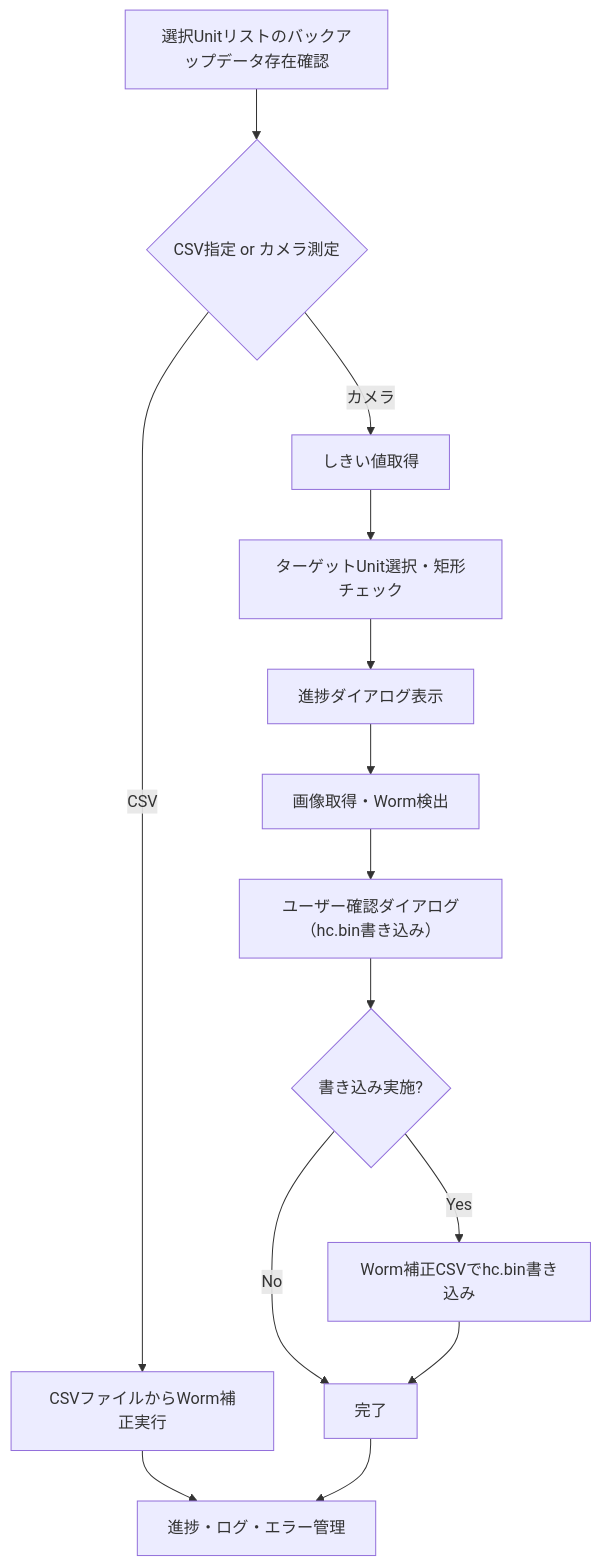
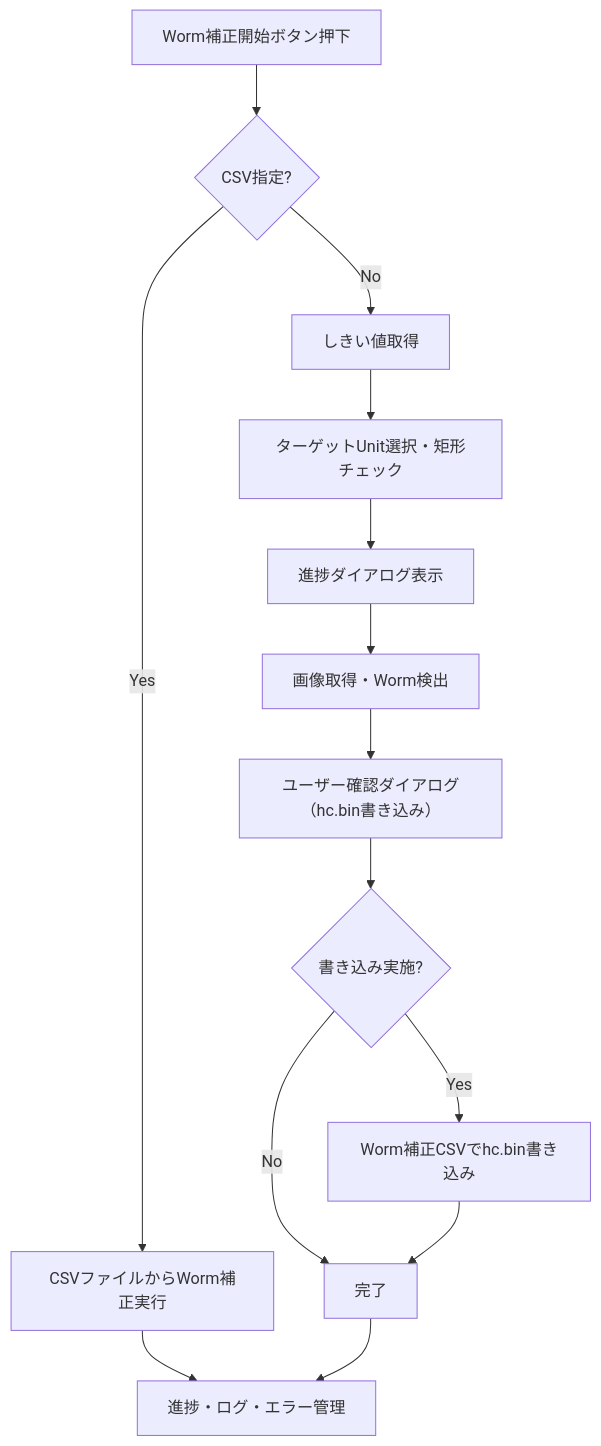
The first of 2 diagrams in docs/02-03.WormFix/WormFix_要件定義書.md (HottaTakayuki/ColorAlignmentSoftware), drawn with Mermaid before and after one commit. The commit also changed other lines of this file and 8 other files, not shown here.

````diff
--- a/docs/02-03.WormFix/WormFix_要件定義書.md
+++ b/docs/02-03.WormFix/WormFix_要件定義書.md
@@ -63,16 +59,16 @@
 ```mermaid
 flowchart TD
-	A[選択Unitリストのバックアップデータ存在確認] --> B{CSV指定 or カメラ測定}
-	B -->|CSV| C[CSVファイルからWorm補正実行]
-	B -->|カメラ| D[しきい値取得]
-	D --> E[ターゲットUnit選択・矩形チェック]
-	E --> F[進捗ダイアログ表示]
-	F --> G[画像取得・Worm検出]
-	G --> H[ユーザー確認ダイアログ（hc.bin書き込み）]
-	H --> I{書き込み実施?}
-	I -->|Yes| J[Worm補正CSVでhc.bin書き込み]
-	I -->|No| K[完了]
-	J --> K
-	C --> L[進捗・ログ・エラー管理]
-	K --> L
+    B[Worm補正開始ボタン押下] --> C{CSV指定?}
+    C -- Yes --> D[CSVファイルからWorm補正実行]
+    D --> L[進捗・ログ・エラー管理]
+    C -- No --> E[しきい値取得]
+    E --> F[ターゲットUnit選択・矩形チェック]
+    F --> G[進捗ダイアログ表示]
+    G --> H[画像取得・Worm検出]
+    H --> I[ユーザー確認ダイアログ（hc.bin書き込み）]
+    I --> J{書き込み実施?}
+    J -- Yes --> K[Worm補正CSVでhc.bin書き込み]
+    J -- No --> M[完了]
+    K --> M
+    M --> L
 ```
````
